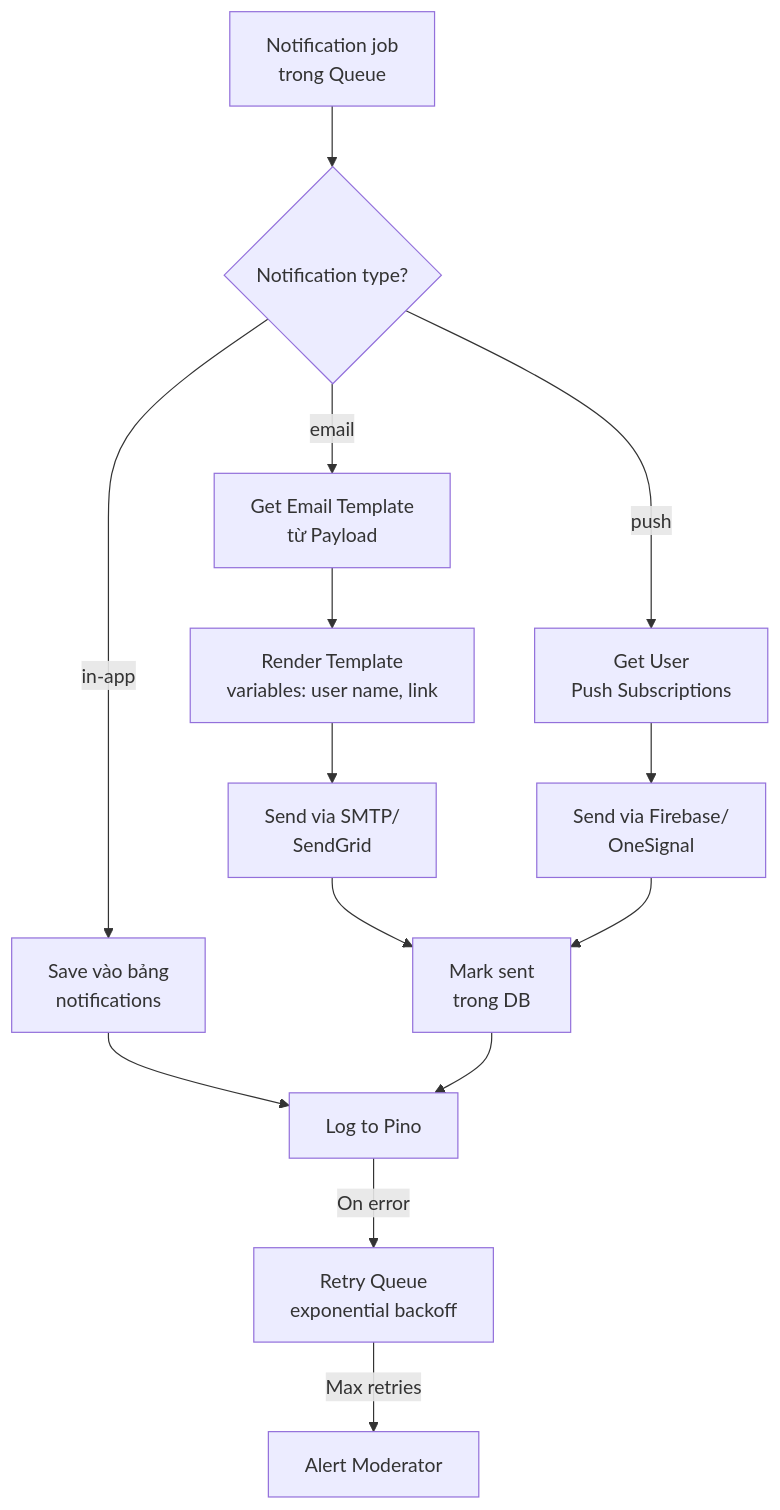
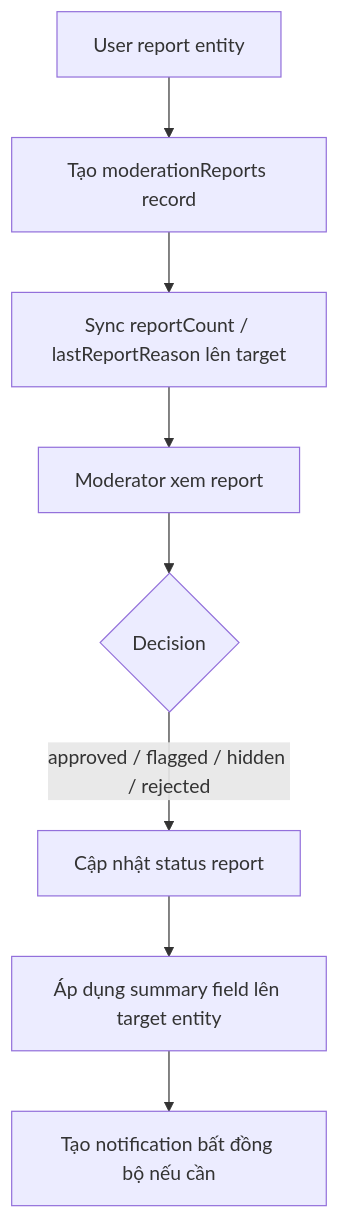
Before and after one commit to QuyenVjp/PMTL_VN: the fourth of 8 diagrams in design/00-overview/architecture-flows.mmd, drawn with Mermaid. The commit also changed other lines of this file and 38 other files, not shown here.

````diff
--- a/design/00-overview/architecture-flows.mmd
+++ b/design/00-overview/architecture-flows.mmd
@@ -37,16 +40,10 @@
 ```mermaid
 flowchart TD
-    A["Notification job<br/>trong Queue"] --> B{"Notification type?"}
-    B -->|email| C["Get Email Template<br/>từ Payload"]
-    B -->|push| D["Get User<br/>Push Subscriptions"]
-    B -->|in-app| E["Save vào bảng<br/>notifications"]
-    C --> F["Render Template<br/>variables: user name, link"]
-    F --> G["Send via SMTP/<br/>SendGrid"]
-    G --> H["Mark sent<br/>trong DB"]
-    D --> I["Send via Firebase/<br/>OneSignal"]
-    I --> H
-    E --> J["Log to Pino"]
-    H --> J
-    J -->|On error| K["Retry Queue<br/>exponential backoff"]
-    K -->|Max retries| L["Alert Moderator"]
+    A["User report entity"] --> B["Tạo moderationReports record"]
+    B --> C["Sync reportCount / lastReportReason lên target"]
+    C --> D["Moderator xem report"]
+    D --> E{"Decision"}
+    E -->|approved / flagged / hidden / rejected| F["Cập nhật status report"]
+    F --> G["Áp dụng summary field lên target entity"]
+    G --> H["Tạo notification bất đồng bộ nếu cần"]
 ```
````
